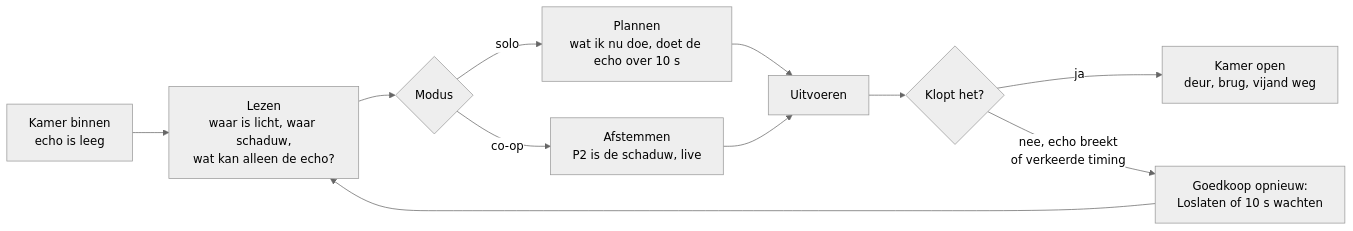
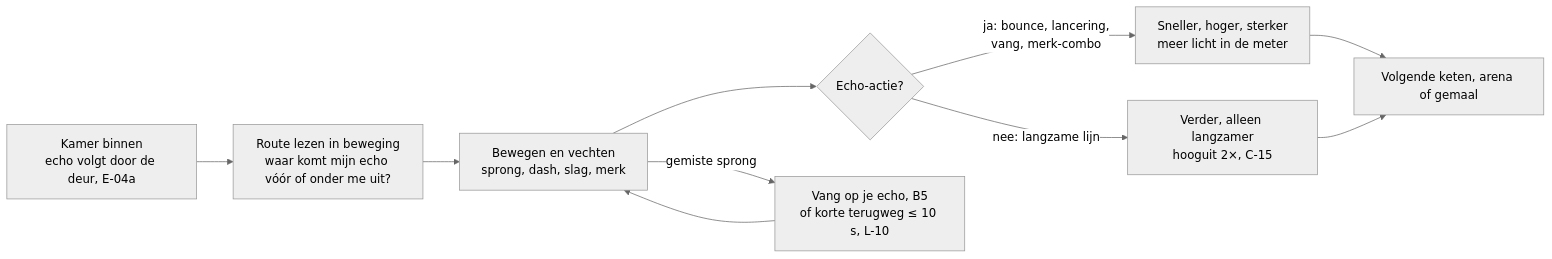
The second of 3 diagrams in docs/design/kernloop.md (cesarvangerwen-glitch/echoborn), drawn with Mermaid (neutral theme) before and after one commit. The commit also changed other lines of this file and 1 other file, not shown here.

First line of the commit message:
[Lead Game Designer] GDD v1 deel 1: vaardigheden, L-regels, lichtmeter/gemaal/waterstand, kernloop v0.4 (#81) (#108)

````diff
--- a/docs/design/kernloop.md
+++ b/docs/design/kernloop.md
@@ -45,13 +50,12 @@
 ```mermaid
 flowchart LR
-    K1[Kamer binnen<br/>echo is leeg] --> K2[Lezen<br/>waar is licht, waar schaduw,<br/>wat kan alleen de echo?]
-    K2 --> K3{Modus}
-    K3 -- solo --> K4[Plannen<br/>wat ik nu doe, doet de echo over 10 s]
-    K3 -- co-op --> K5[Afstemmen<br/>P2 is de schaduw, live]
-    K4 --> K6[Uitvoeren]
-    K5 --> K6
-    K6 --> K7{Klopt het?}
-    K7 -- ja --> K8[Kamer open<br/>deur, brug, vijand weg]
-    K7 -- nee, echo breekt<br/>of verkeerde timing --> K9[Goedkoop opnieuw:<br/>Loslaten of 10 s wachten]
-    K9 --> K2
+    K1[Kamer binnen<br/>echo volgt door de deur, E-04a] --> K2[Route lezen in beweging<br/>waar komt mijn echo vóór of onder me uit?]
+    K2 --> K3[Bewegen en vechten<br/>sprong, dash, slag, merk]
+    K3 --> K4{Echo-actie?}
+    K4 -- "ja: bounce, lancering,<br/>vang, merk-combo" --> K5[Sneller, hoger, sterker<br/>meer licht in de meter]
+    K4 -- "nee: langzame lijn" --> K6[Verder, alleen langzamer<br/>hooguit 2×, C-15]
+    K3 -- gemiste sprong --> K7[Vang op je echo, B5<br/>of korte terugweg ≤ 10 s, L-10]
+    K7 --> K3
+    K5 --> K8[Volgende keten, arena of gemaal]
+    K6 --> K8
 ```
````
